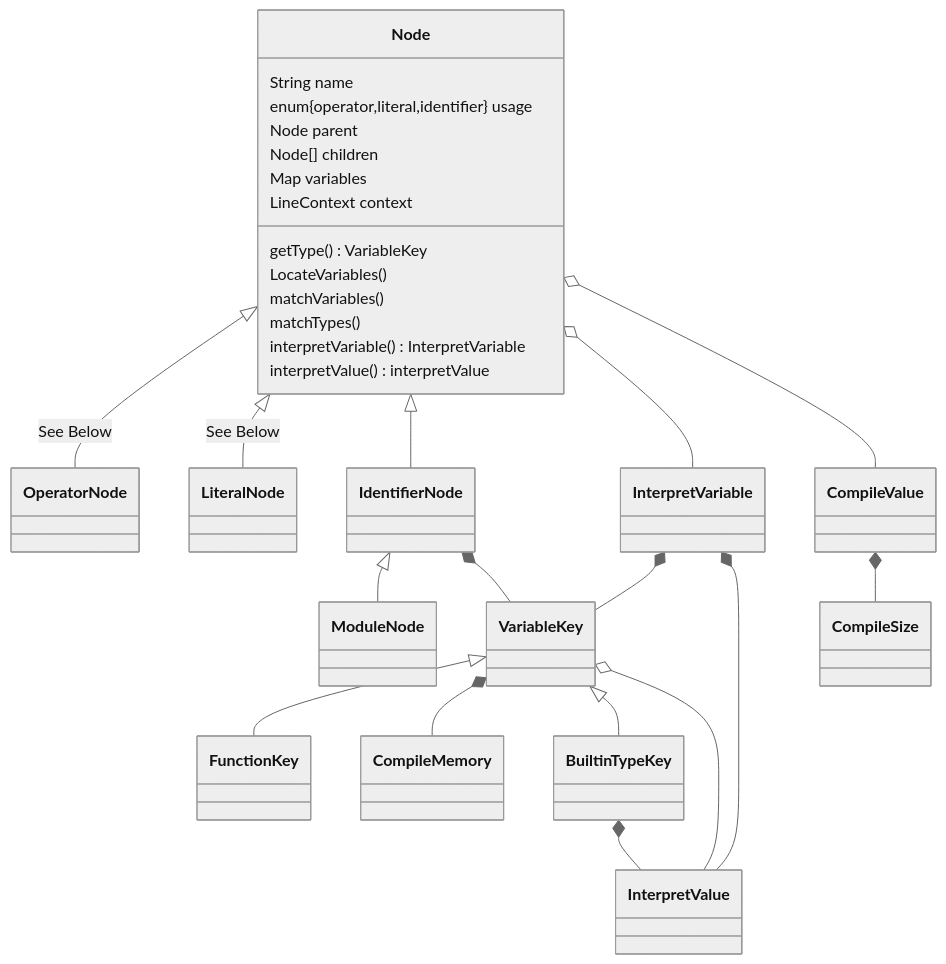
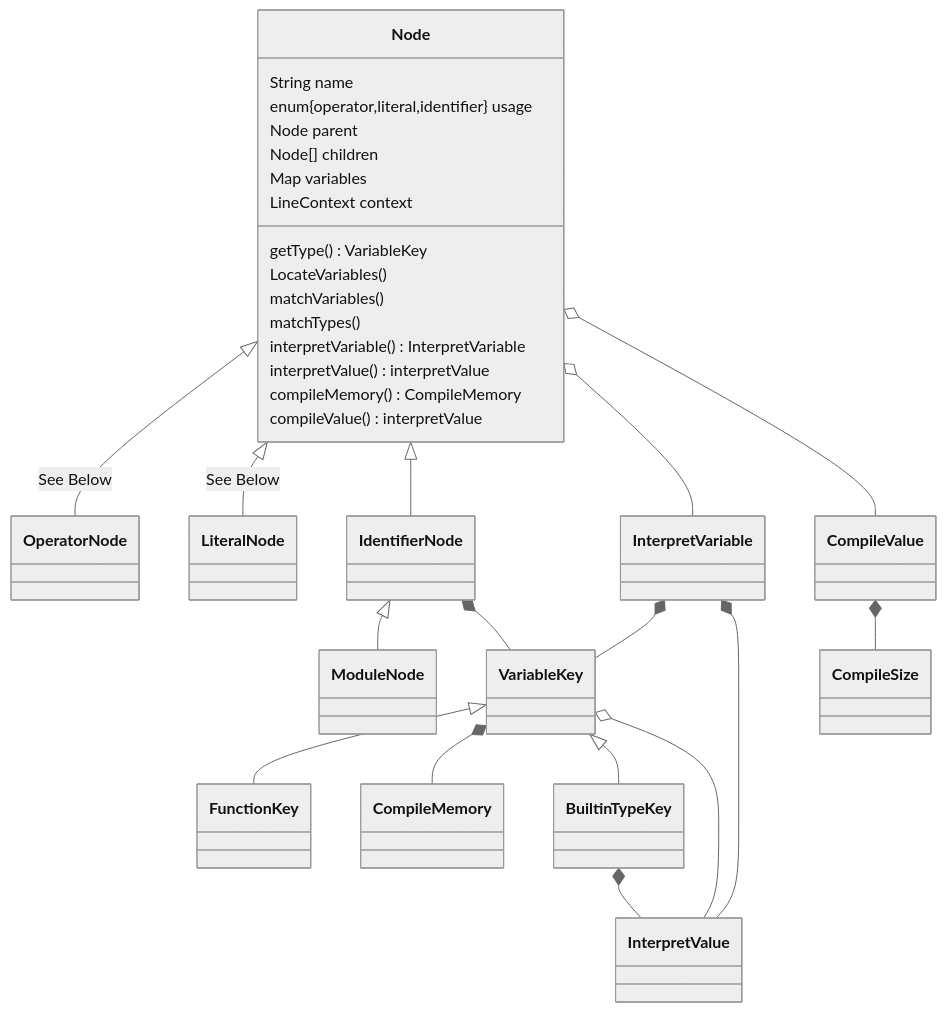
One commit to Jzhyang1/Monomer changed the first of 4 diagrams in README.md. Above: the diagram before and after it, drawn with Mermaid (neutral theme). The commit also changed other lines of this file, not shown here.

````diff
--- a/README.md
+++ b/README.md
@@ -239,31 +239,33 @@
 ```mermaid
 classDiagram
 Node <|-- OperatorNode: See Below
 Node <|-- LiteralNode: See Below
 Node <|-- IdentifierNode
 Node o-- InterpretVariable
 IdentifierNode <|-- ModuleNode
 IdentifierNode *-- VariableKey
 VariableKey <|-- FunctionKey
 VariableKey *-- CompileMemory
 VariableKey <|-- BuiltinTypeKey
 BuiltinTypeKey *-- InterpretValue
 VariableKey o-- InterpretValue
 InterpretVariable *-- VariableKey
 CompileValue *-- CompileSize
 Node o-- CompileValue
 InterpretVariable *-- InterpretValue
 
 Node: String name
 Node: enum{operator,literal,identifier} usage
 Node: Node parent
 Node: Node[] children
 Node: Map<String, VariableKey> variables
 Node: LineContext context
 Node: getType() VariableKey
 Node: LocateVariables()
 Node: matchVariables()
 Node: matchTypes()
 Node: interpretVariable() InterpretVariable
 Node: interpretValue() interpretValue
+Node: compileMemory() CompileMemory
+Node: compileValue() interpretValue
 ```
````
